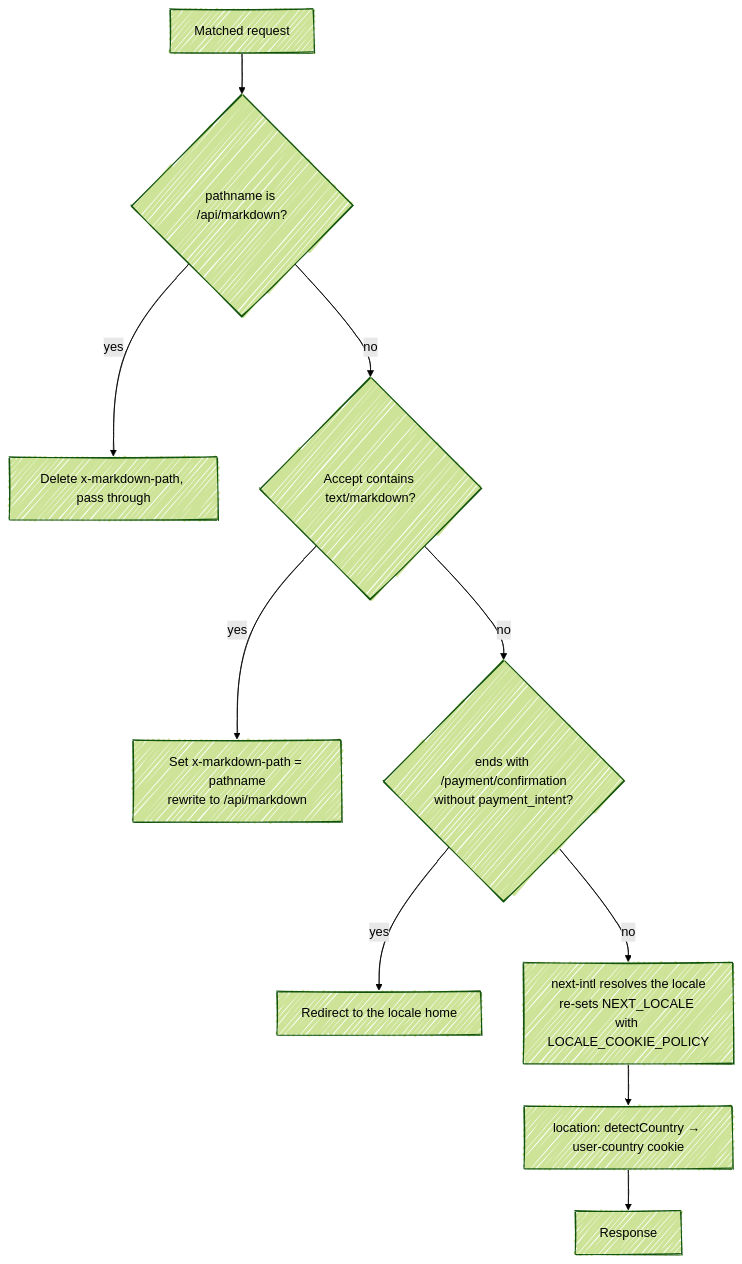
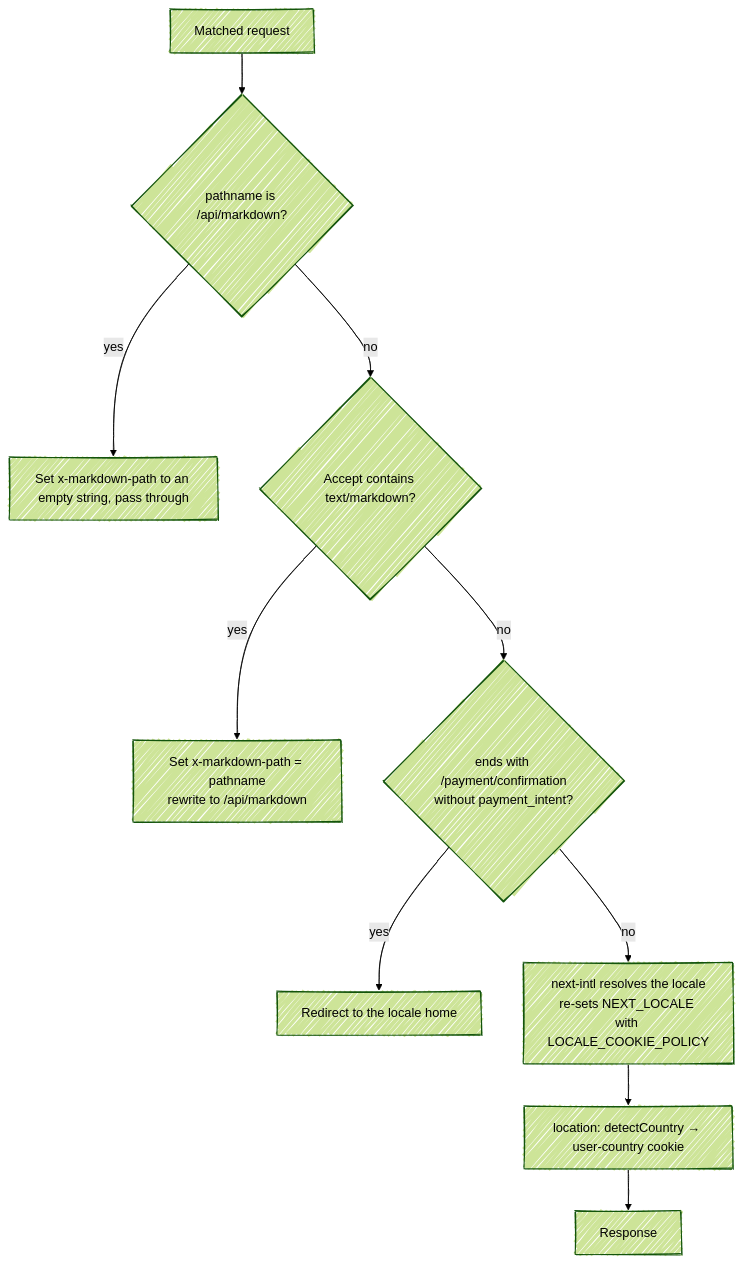
Before and after one commit to fbuireu/forever-pto: the diagram in apps/docs/src/content/docs/architecture/proxy.mdx, drawn with Mermaid (forest theme). The commit also changed other lines of this file and 22 other files, not shown here.

````diff
--- a/apps/docs/src/content/docs/architecture/proxy.mdx
+++ b/apps/docs/src/content/docs/architecture/proxy.mdx
@@ -24,17 +24,17 @@
 ```mermaid
 ---
 config:
   look: handDrawn
   layout: dagre
 ---
 flowchart TD
   IN[Matched request] --> D1{pathname is /api/markdown?}
-  D1 -- yes --> H1[Delete x-markdown-path, pass through]
+  D1 -- yes --> H1["Set x-markdown-path to an empty string, pass through"]
   D1 -- no --> D2{Accept contains text/markdown?}
   D2 -- yes --> H2[Set x-markdown-path = pathname<br/>rewrite to /api/markdown]
   D2 -- no --> D3{ends with /payment/confirmation<br/>without payment_intent?}
   D3 -- yes --> H3[Redirect to the locale home]
   D3 -- no --> I18N[next-intl resolves the locale<br/>re-sets NEXT_LOCALE with LOCALE_COOKIE_POLICY]
   I18N --> GEO[location: detectCountry → user-country cookie]
   GEO --> OUT[Response]
 ```
````
